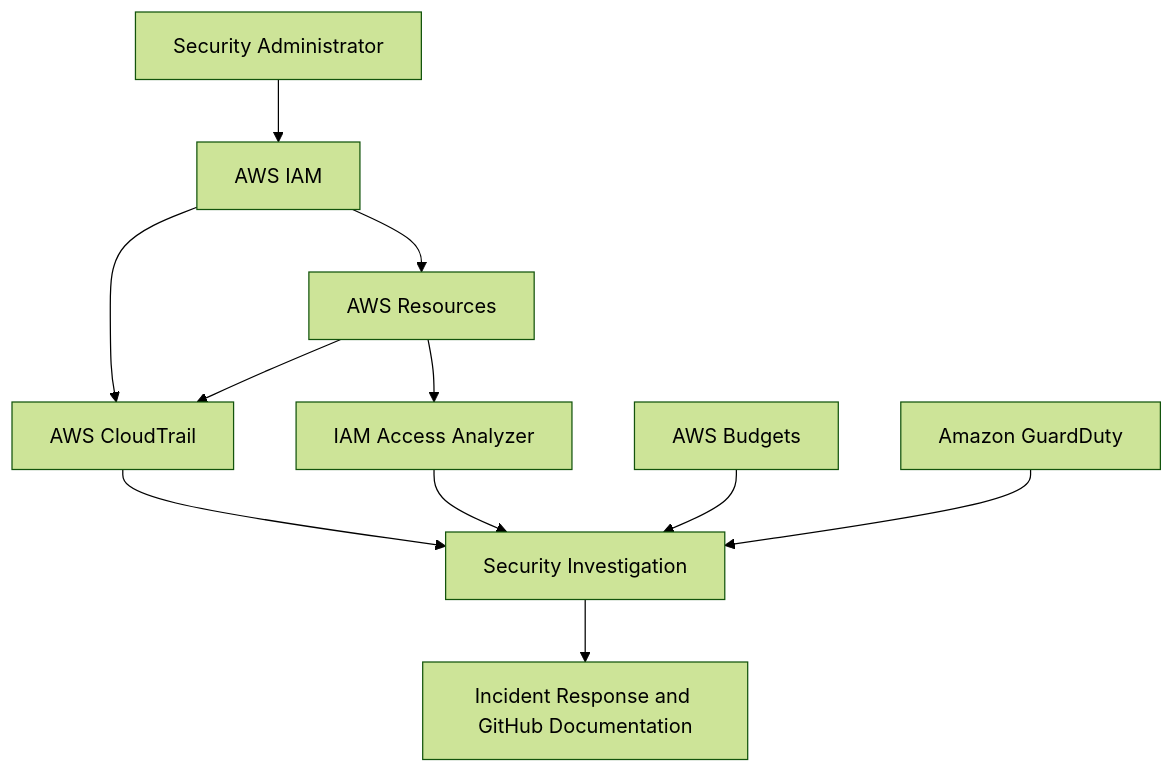
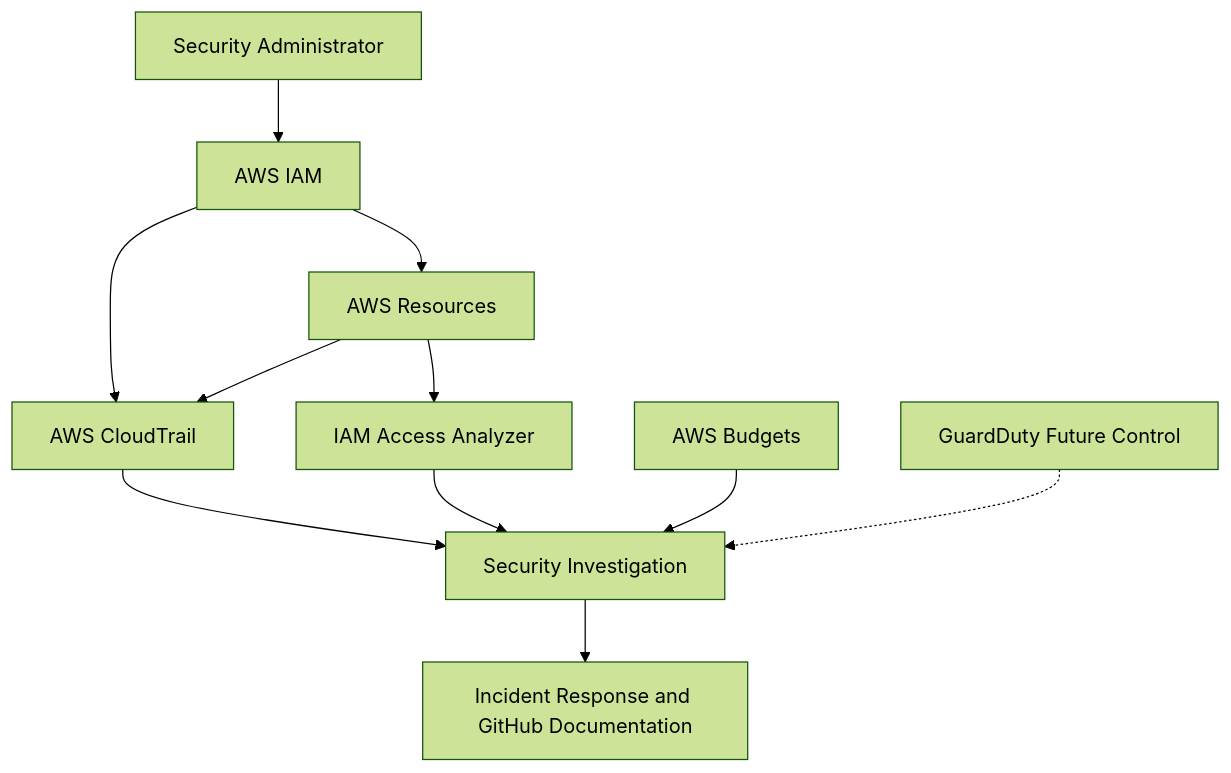
One commit to Saintcyberdev/aws-cloud-security-monitoring-lab changed the diagram in README.md. Above: the diagram before and after it, drawn with Mermaid (forest theme). The commit also changed other lines of this file, not shown here.

````diff
--- a/README.md
+++ b/README.md
@@ -25,13 +26,13 @@
 ```mermaid
 flowchart TD
     Admin["Security Administrator"] --> IAM["AWS IAM"]
     IAM --> Resources["AWS Resources"]
     IAM --> CloudTrail["AWS CloudTrail"]
     Resources --> CloudTrail
     Resources --> Analyzer["IAM Access Analyzer"]
     CloudTrail --> Investigation["Security Investigation"]
     Analyzer --> Investigation
     Budgets["AWS Budgets"] --> Investigation
-    GuardDuty["Amazon GuardDuty"] --> Investigation
+    GuardDuty["GuardDuty Future Control"] -.-> Investigation
     Investigation --> Response["Incident Response and GitHub Documentation"]
 ```
````
